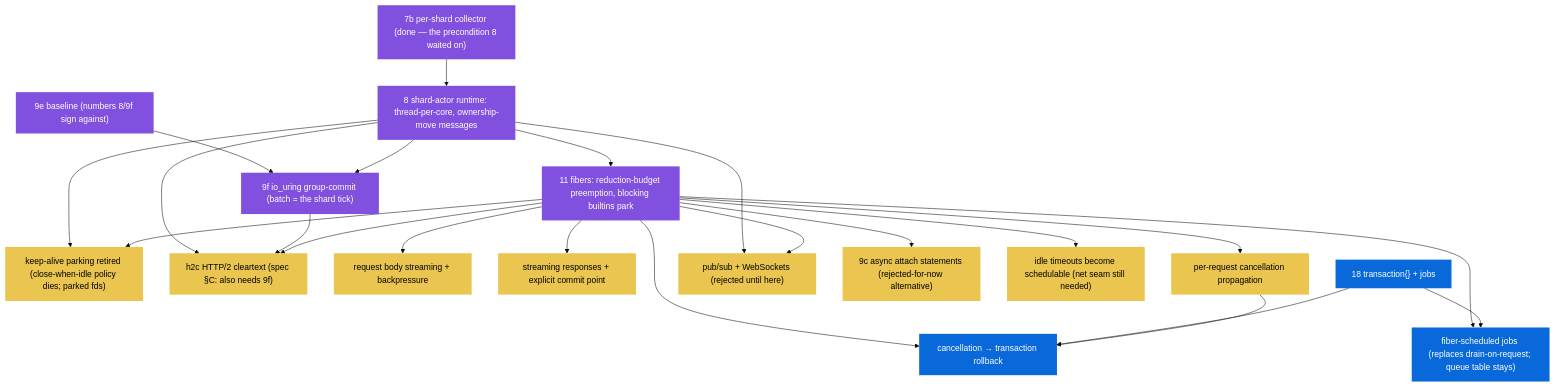
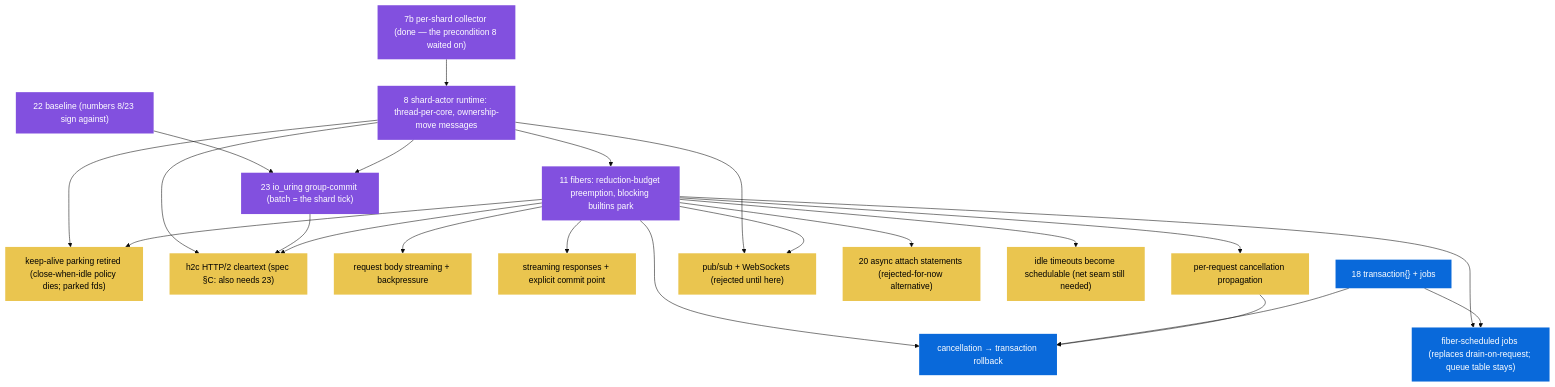
One commit to shoneyJ/writeonce changed the second of 4 diagrams in docs/00-dependency-graph.md. Above: the diagram before and after it, drawn with Mermaid (base theme). The commit also changed other lines of this file and 30 other files, not shown here.

````diff
--- a/docs/00-dependency-graph.md
+++ b/docs/00-dependency-graph.md
@@ -90,47 +90,47 @@
 ```mermaid
 flowchart TD
     classDef rt fill:#8250df,color:#fff,stroke:none
     classDef gated fill:#eac54f,color:#000,stroke:none
     classDef v2 fill:#0969da,color:#fff,stroke:none
 
     I7b2["7b per-shard collector (done — the precondition 8 waited on)"]:::rt
     I8x["8 shard-actor runtime: thread-per-core, ownership-move messages"]:::rt
-    I9fx["9f io_uring group-commit (batch = the shard tick)"]:::rt
+    I9fx["23 io_uring group-commit (batch = the shard tick)"]:::rt
     I11x["11 fibers: reduction-budget preemption, blocking builtins park"]:::rt
-    I9ex["9e baseline (numbers 8/9f sign against)"]:::rt
+    I9ex["22 baseline (numbers 8/23 sign against)"]:::rt
 
     KEEPAL["keep-alive parking retired (close-when-idle policy dies; parked fds)"]:::gated
-    H2C2["h2c HTTP/2 cleartext (spec §C: also needs 9f)"]:::gated
+    H2C2["h2c HTTP/2 cleartext (spec §C: also needs 23)"]:::gated
     STREAM2["request body streaming + backpressure"]:::gated
     SRESP2["streaming responses + explicit commit point"]:::gated
     CANCEL2["per-request cancellation propagation"]:::gated
     PUBSUB2["pub/sub + WebSockets (rejected until here)"]:::gated
-    ASYNC9C["9c async attach statements (rejected-for-now alternative)"]:::gated
+    ASYNC9C["20 async attach statements (rejected-for-now alternative)"]:::gated
     TIMEOUTS2["idle timeouts become schedulable (net seam still needed)"]:::gated
 
     FIBJOBS2["fiber-scheduled jobs (replaces drain-on-request; queue table stays)"]:::v2
     CANCELRB["cancellation → transaction rollback"]:::v2
     I18x["18 transaction{} + jobs"]:::v2
 
     I7b2 --> I8x
     I9ex --> I9fx
     I8x --> I9fx
     I8x --> I11x
     I8x --> KEEPAL
     I11x --> KEEPAL
     I8x --> H2C2
     I9fx --> H2C2
     I11x --> H2C2
     I11x --> STREAM2
     I11x --> SRESP2
     I11x --> CANCEL2
     I8x --> PUBSUB2
     I11x --> PUBSUB2
     I11x --> ASYNC9C
     I11x --> TIMEOUTS2
     I11x --> FIBJOBS2
     I18x --> FIBJOBS2
     I11x --> CANCELRB
     I18x --> CANCELRB
     CANCEL2 --> CANCELRB
 ```
````
